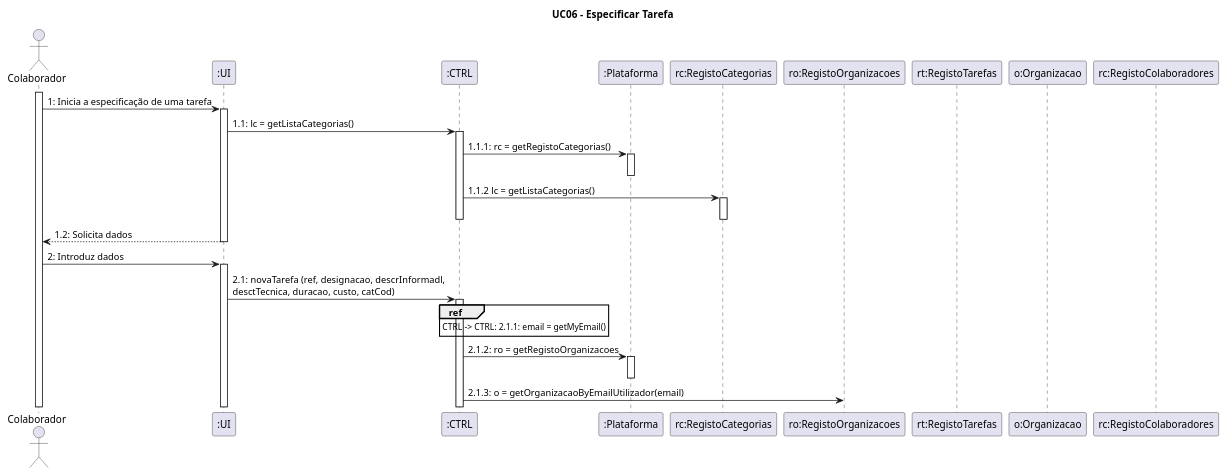
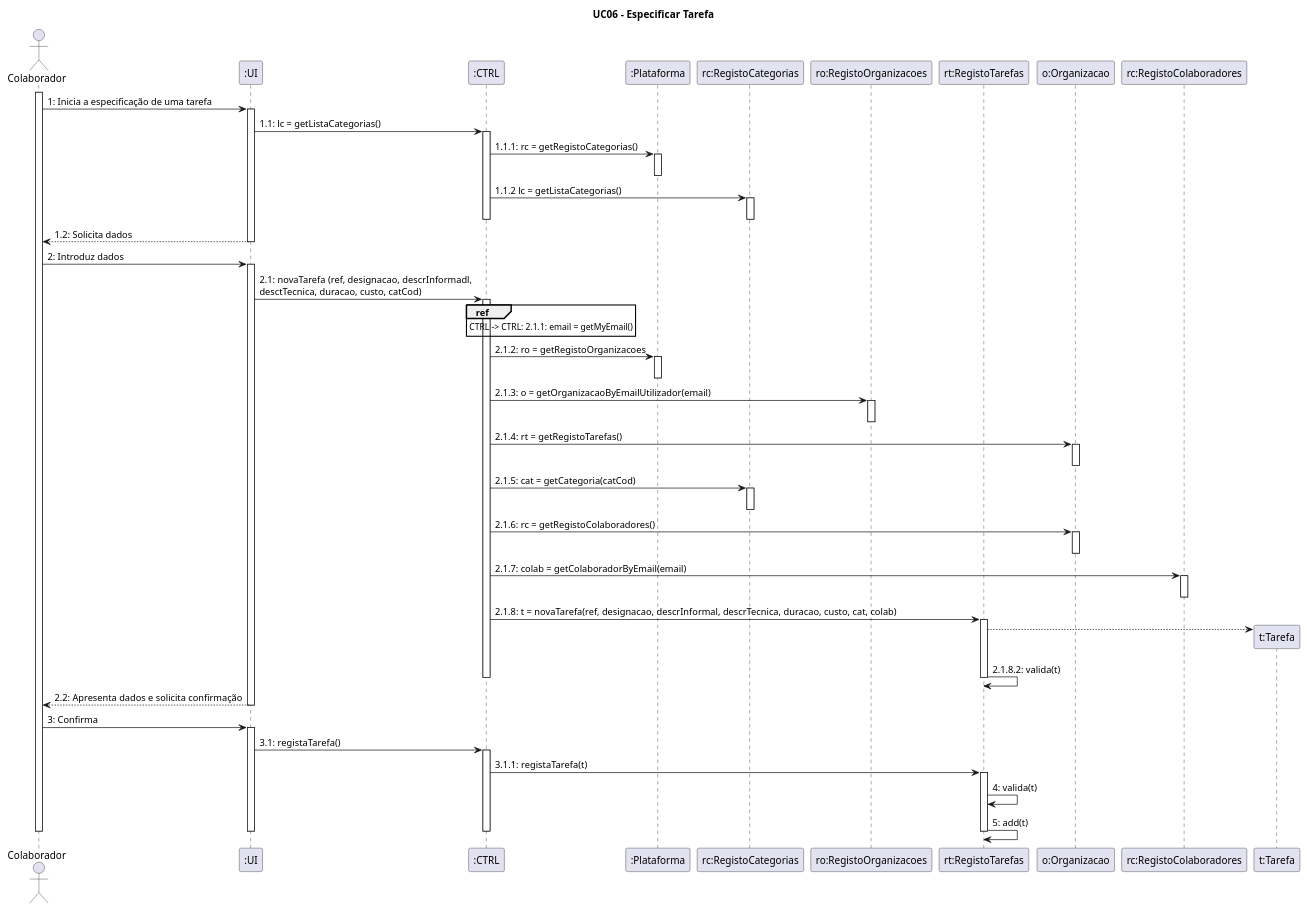
Before and after one commit to blestonbandeiraUPSKILL/upskill_java1_labprg_grupo2: the diagram in Sprint 2/UC6_Especificar_Tarefa_Diagrama_Sequencia.puml, drawn with PlantUML. The commit also changed 2 other files, not shown here.

Commit message:
UC06 - Diagrama de Sequência completo

```diff
--- a/Sprint 2/UC6_Especificar_Tarefa_Diagrama_Sequencia.puml
+++ b/Sprint 2/UC6_Especificar_Tarefa_Diagrama_Sequencia.puml
@@ -1,50 +1,87 @@
 @startuml
 
 title UC06 - Especificar Tarefa
 
 
 actor Colaborador 
 participant ":UI" as UI
 participant ":CTRL" as CTRL
 participant ":Plataforma" as Plataforma
 participant "rc:RegistoCategorias" as RegistoCategorias
 participant "ro:RegistoOrganizacoes" as RegistoOrganizacoes
 participant "rt:RegistoTarefas" as RegistoTarefas
 participant "o:Organizacao" as Organizacao
 participant "rc:RegistoColaboradores" as RegistoColaboradores
 
 activate Colaborador
 Colaborador -> UI: 1: Inicia a especificação de uma tarefa
 activate UI
 UI -> CTRL: 1.1: lc = getListaCategorias()
 activate CTRL
 CTRL -> Plataforma: 1.1.1: rc = getRegistoCategorias()
 activate Plataforma
 deactivate Plataforma
 CTRL -> RegistoCategorias: 1.1.2 lc = getListaCategorias()
 activate RegistoCategorias
 deactivate RegistoCategorias
 deactivate CTRL
 UI --> Colaborador: 1.2: Solicita dados
 deactivate UI
 
 Colaborador -> UI: 2: Introduz dados
 activate UI
 UI -> CTRL: 2.1: novaTarefa (ref, designacao, descrInformadl, \ndesctTecnica, duracao, custo, catCod)
 activate CTRL
 ref over CTRL
 CTRL -> CTRL: 2.1.1: email = getMyEmail()
 end ref
 CTRL -> Plataforma: 2.1.2: ro = getRegistoOrganizacoes
 activate Plataforma
 deactivate Plataforma
 CTRL -> RegistoOrganizacoes: 2.1.3: o = getOrganizacaoByEmailUtilizador(email)
+activate RegistoOrganizacoes
+deactivate RegistoOrganizacoes
+CTRL -> Organizacao: 2.1.4: rt = getRegistoTarefas()
+activate Organizacao
+deactivate Organizacao
+CTRL -> RegistoCategorias: 2.1.5: cat = getCategoria(catCod)
+activate RegistoCategorias
+deactivate RegistoCategorias
+CTRL -> Organizacao: 2.1.6: rc = getRegistoColaboradores()
+activate Organizacao
+deactivate Organizacao
+CTRL -> RegistoColaboradores: 2.1.7: colab = getColaboradorByEmail(email)
+activate RegistoColaboradores
+deactivate RegistoColaboradores
+CTRL -> RegistoTarefas: 2.1.8: t = novaTarefa(ref, designacao, descrInformal, descrTecnica, duracao, custo, cat, colab)
+activate RegistoTarefas
+RegistoTarefas --> "t:Tarefa" **
+RegistoTarefas -> RegistoTarefas: 2.1.8.2: valida(t)
+deactivate RegistoTarefas
+deactivate CTRL
+UI --> Colaborador: 2.2: Apresenta dados e solicita confirmação
+deactivate UI
+Colaborador -> UI: 3: Confirma
+activate UI
+UI -> CTRL: 3.1: registaTarefa()
+activate CTRL
+CTRL -> RegistoTarefas: 3.1.1: registaTarefa(t)
+activate RegistoTarefas
+RegistoTarefas -> RegistoTarefas: 4: valida(t)
+RegistoTarefas -> RegistoTarefas: 5: add(t)
+deactivate RegistoTarefas
+deactivate CTRL
+deactivate UI
+deactivate Colaborador
+
+
+
 
 
 
 
 
 
 
 
 @enduml
```
